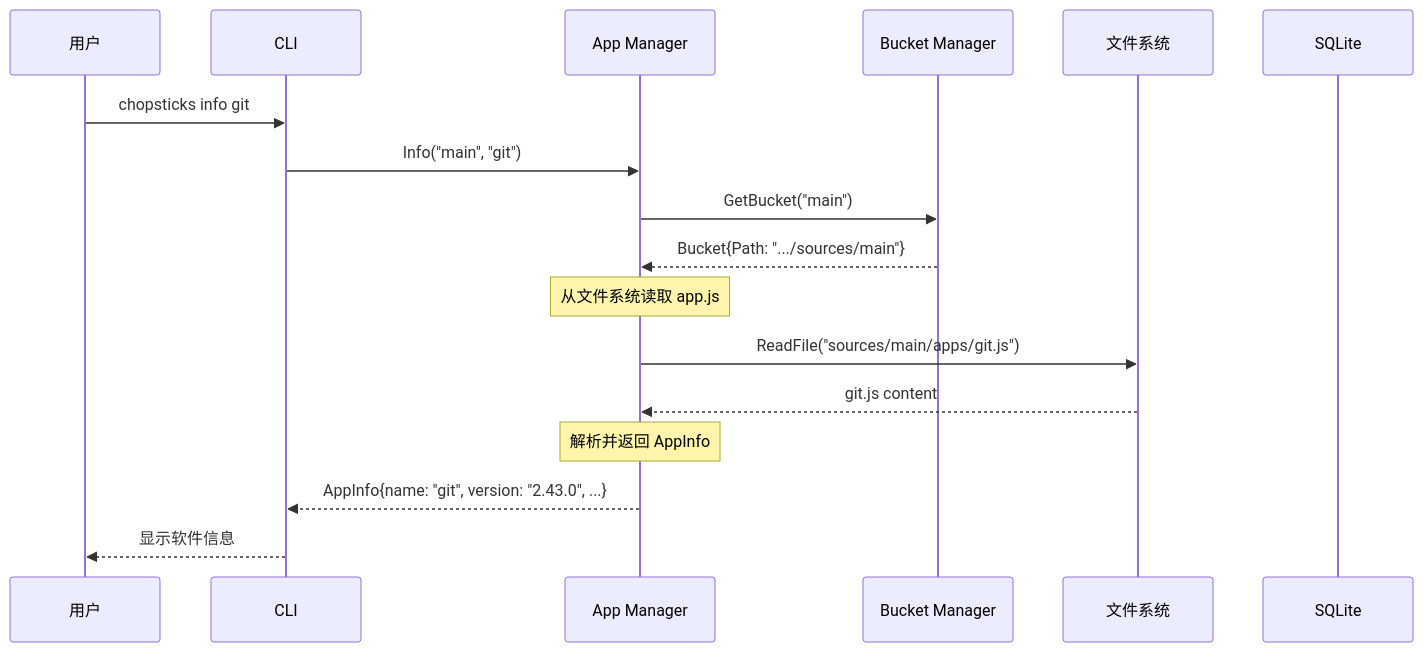
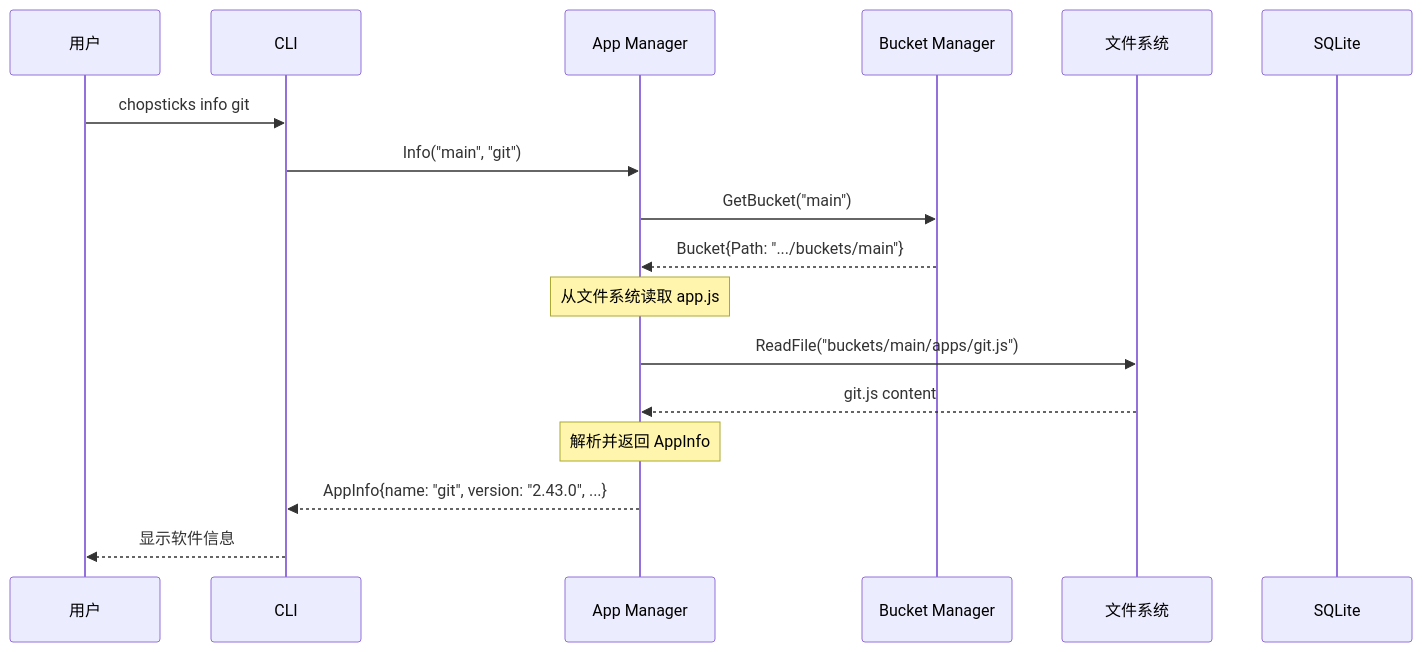
One commit to morning-start/chopsticks changed the fourth of 5 diagrams in wiki/design/DATABASE.md. Above: the diagram before and after it, drawn with Mermaid. The commit also changed other lines of this file and 7 other files, not shown here.

````diff
--- a/wiki/design/DATABASE.md
+++ b/wiki/design/DATABASE.md
@@ -616,22 +616,22 @@
 ```mermaid
 sequenceDiagram
     participant User as 用户
     participant CLI as CLI
     participant App as App Manager
     participant Bucket as Bucket Manager
     participant FS as 文件系统
     participant DB as SQLite
 
     User->>CLI: chopsticks info git
     CLI->>App: Info("main", "git")
     App->>Bucket: GetBucket("main")
-    Bucket-->>App: Bucket{Path: ".../sources/main"}
+    Bucket-->>App: Bucket{Path: ".../buckets/main"}
 
     Note over App: 从文件系统读取 app.js
-    App->>FS: ReadFile("sources/main/apps/git.js")
+    App->>FS: ReadFile("buckets/main/apps/git.js")
     FS-->>App: git.js content
 
     Note over App: 解析并返回 AppInfo
     App-->>CLI: AppInfo{name: "git", version: "2.43.0", ...}
     CLI-->>User: 显示软件信息
 ```
````
